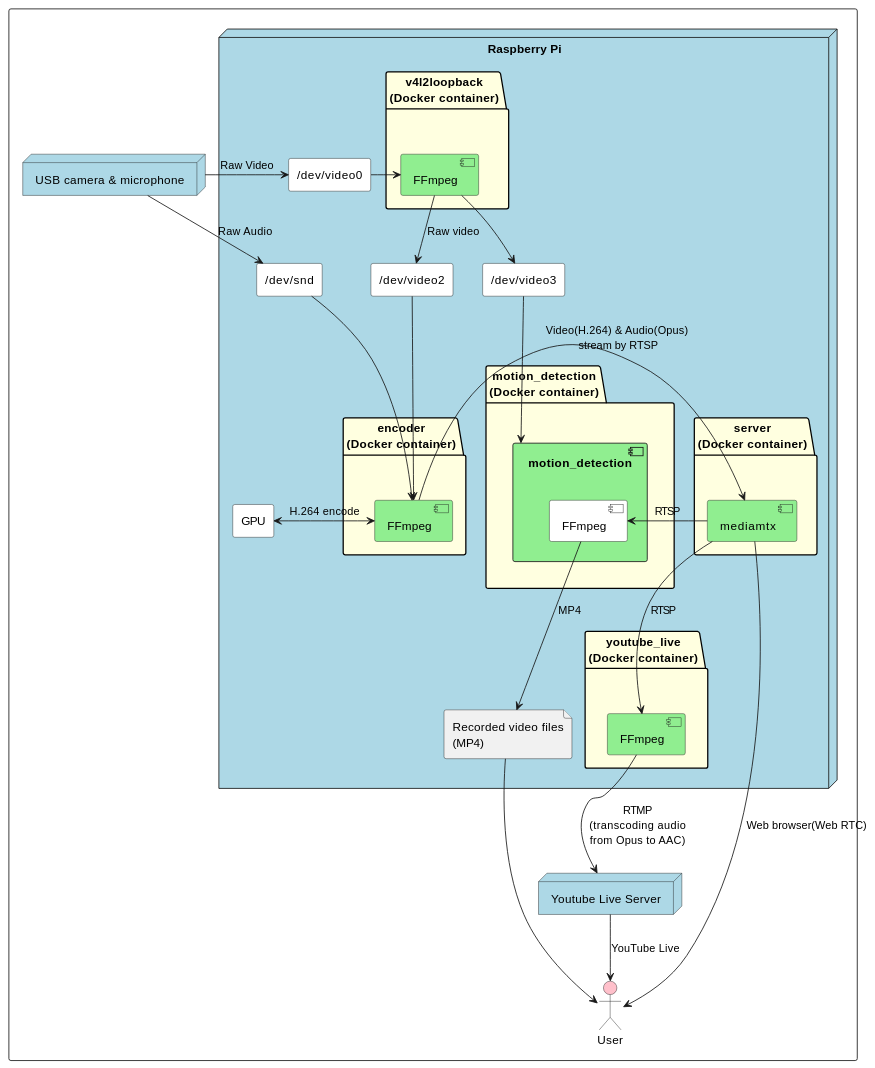
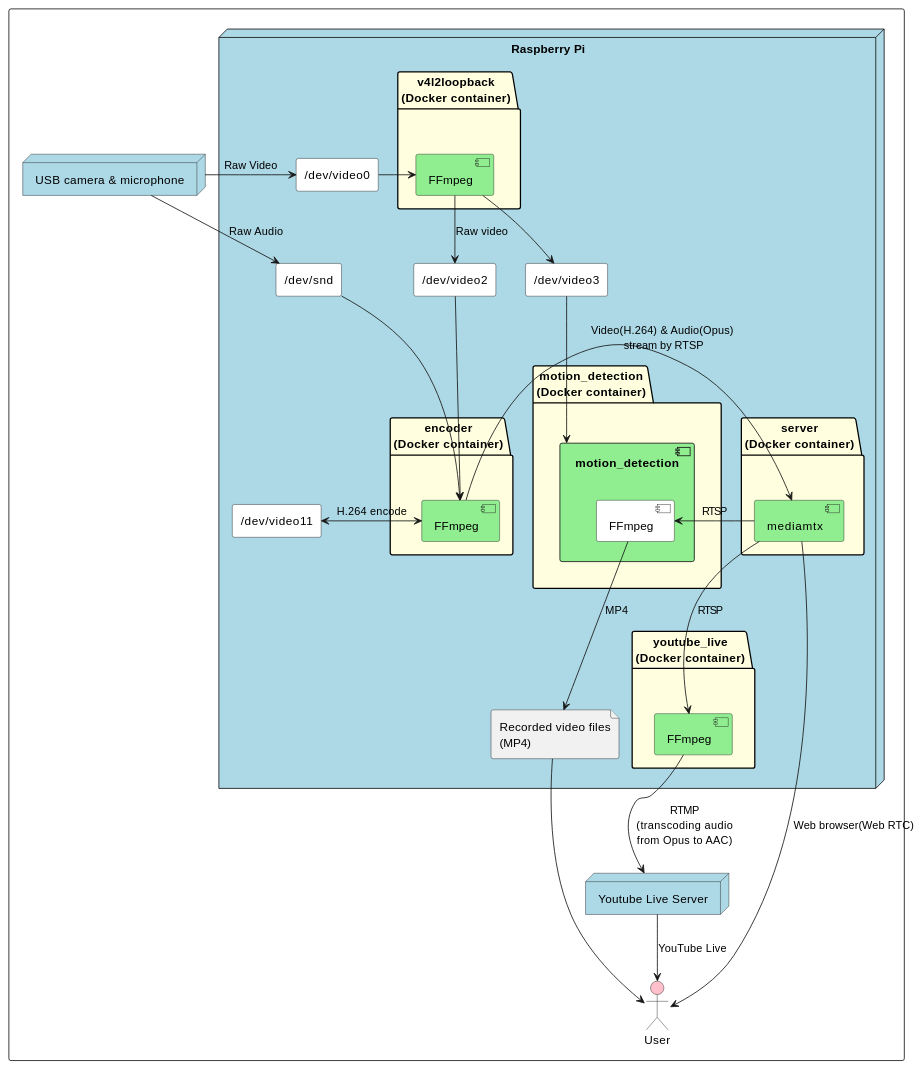
Before and after one commit to Akira106/baby_camera: the diagram in src_README.md, drawn with PlantUML. The commit also changed 1 other file, not shown here.

Commit message:
GPUの図中の表記を変更

````diff
--- a/src_README.md
+++ b/src_README.md
@@ -39,59 +39,59 @@
 ```plantuml {filename="overview.png"}
 rectangle {
 node "USB camera & microphone" as camera #lightblue
 actor User #pink
 node "Youtube Live Server" as youtube #lightblue
 node "Raspberry Pi" #lightblue {
     rectangle "/dev/video0" as v1 #white
     rectangle "/dev/video2" as v2 #white
     rectangle "/dev/video3" as v3 #white
     rectangle "/dev/snd" as a1 #white
-    rectangle "GPU" as gpu #white
+    rectangle "/dev/video11" as gpu #white
 
     package "v4l2loopback\n(Docker container)" #lightyellow {
         component "FFmpeg" as v4l2lb_ffmpeg #lightgreen
     }
     package "server\n(Docker container)" #lightyellow {
         component "mediamtx" as mmtx #lightgreen
     }
     package "encoder\n(Docker container)" #lightyellow {
         component "FFmpeg" as encoder #lightgreen
     }
     package "motion_detection\n(Docker container)" #lightyellow {
         component "motion_detection" as md #lightgreen {
             component "FFmpeg" as record #white
         }
     }
     file "Recorded video files\n(MP4)" as videofile
     package "youtube_live\n(Docker container)" #lightyellow {
         component "FFmpeg" as youtube_sender #lightgreen
     }
 
     ' video input
     camera -> v1: Raw Video
     camera -> a1: Raw Audio
     ' v4l2loopback
     v1 -> v4l2lb_ffmpeg
     v4l2lb_ffmpeg --> v2: Raw video
     v4l2lb_ffmpeg --> v3
     ' encode
     v2 --> encoder
     a1 --> encoder
     encoder <-> gpu: H.264 encode
     encoder -> mmtx: Video(H.264) & Audio(Opus) \nstream by RTSP
 
     ' motion detection and record
     v3 --> md
     mmtx -> record: RTSP
     record --> videofile: MP4
 
     ' Web RTC
     mmtx --> User: Web browser(Web RTC)
     ' youtube live
     mmtx --> youtube_sender: RTSP
     youtube_sender --> youtube: RTMP\n(transcoding audio\nfrom Opus to AAC)
     youtube --> User: YouTube Live
     videofile --> User
 }
 }
 ```
````
